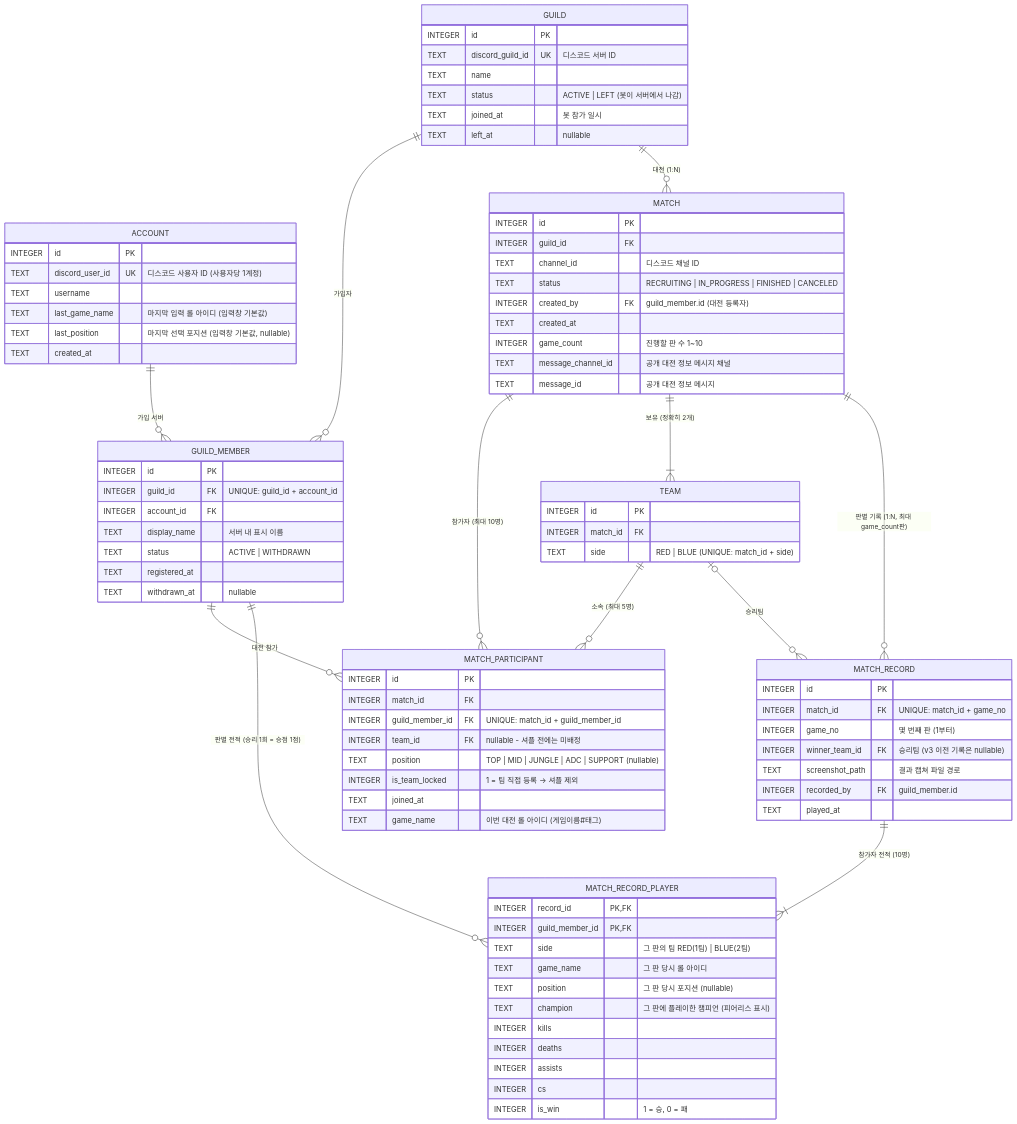
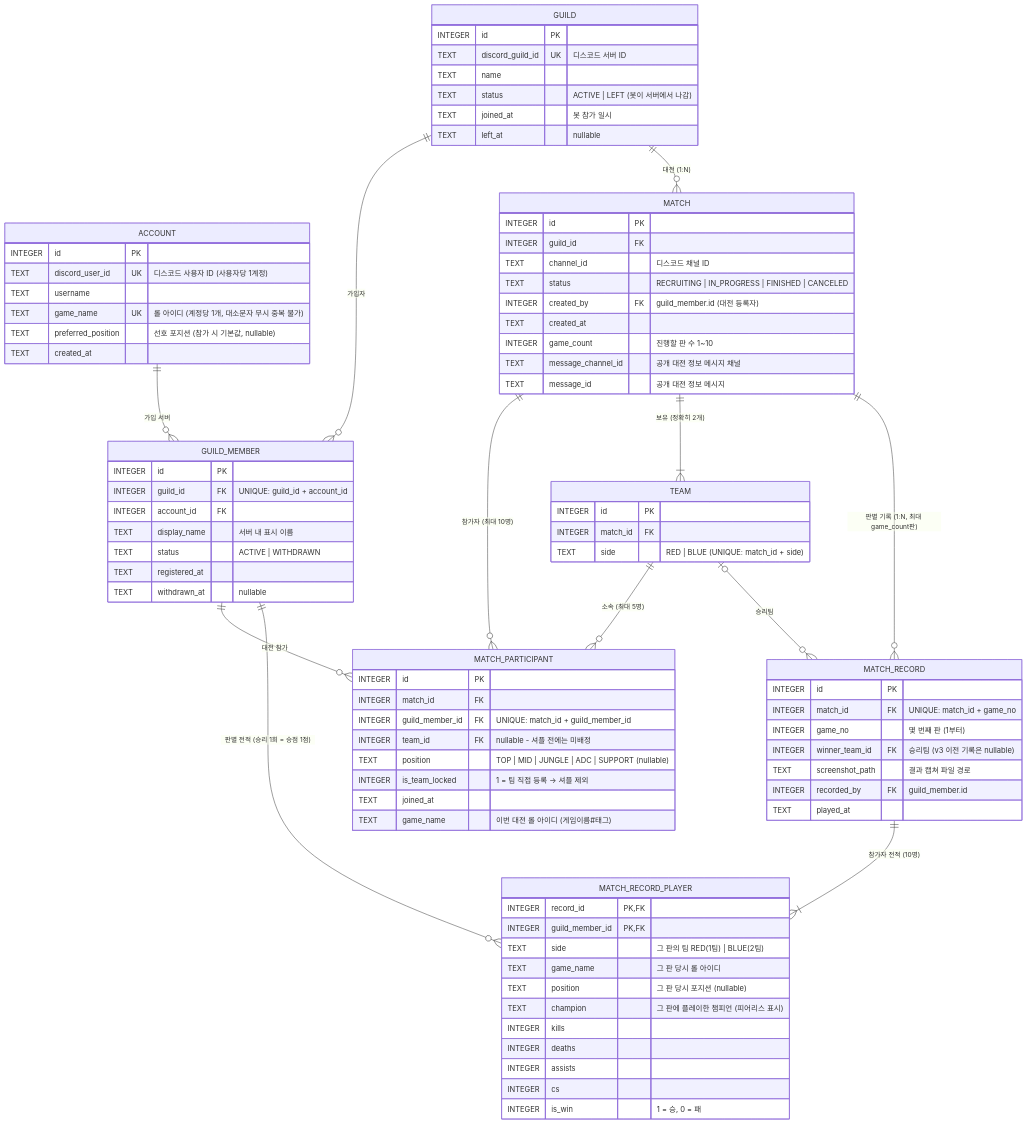
The diagram in CLAUDE.md (RedPanda6801/movie_app_notebook), drawn with Mermaid before and after one commit. The commit also changed other lines of this file and 20 other files, not shown here.

First line of the commit message:
Register Riot ID on account (one per account, unique); preferred position; match-wide fearless

```diff
--- a/CLAUDE.md
+++ b/CLAUDE.md
@@ -130,8 +134,8 @@
         INTEGER id PK
         TEXT    discord_user_id UK "디스코드 사용자 ID (사용자당 1계정)"
         TEXT    username
-        TEXT    last_game_name "마지막 입력 롤 아이디 (입력창 기본값)"
-        TEXT    last_position  "마지막 선택 포지션 (입력창 기본값, nullable)"
+        TEXT    game_name UK "롤 아이디 (계정당 1개, 대소문자 무시 중복 불가)"
+        TEXT    preferred_position "선호 포지션 (참가 시 기본값, nullable)"
         TEXT    created_at
     }
 
```
